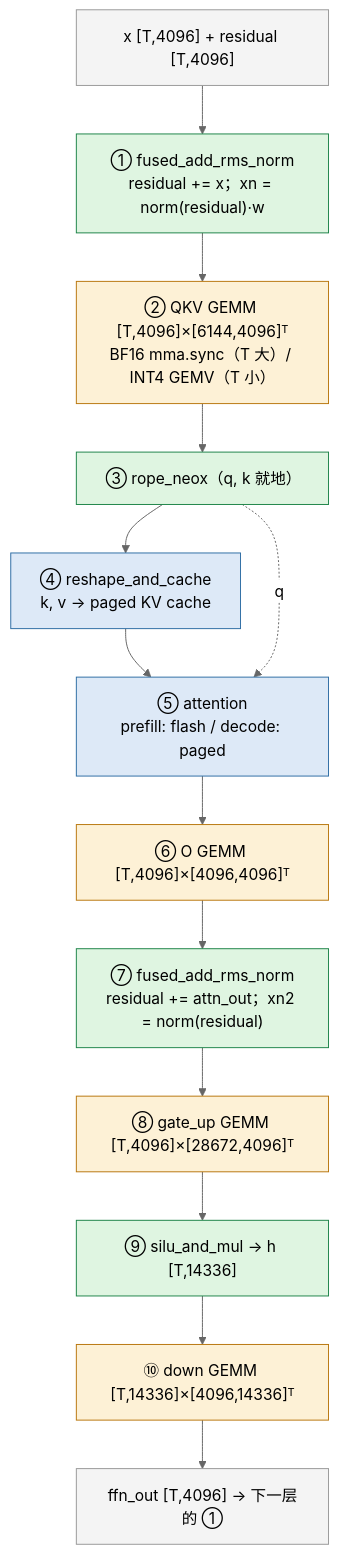
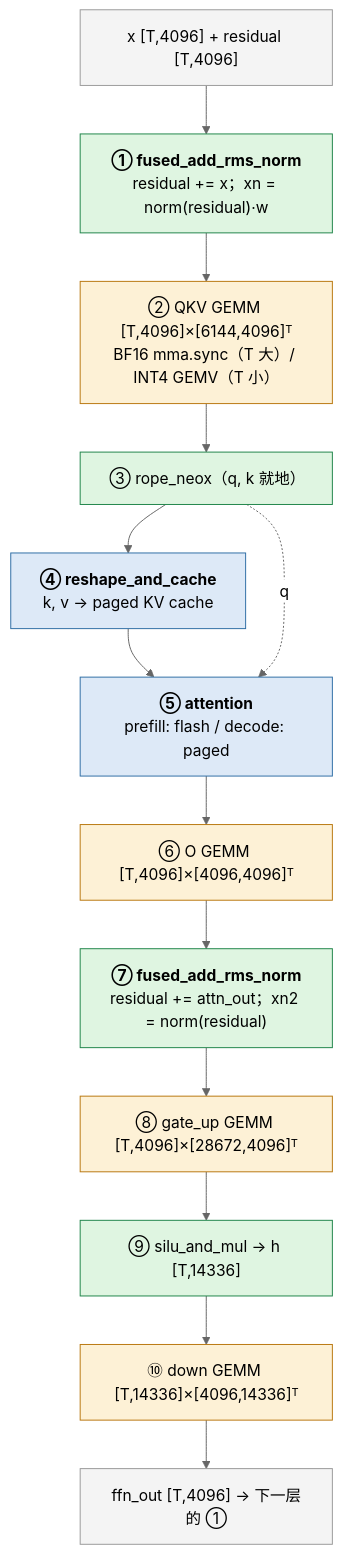
One commit to arganzheng/arganzheng.github.com changed the fourth of 4 diagrams in _posts/2026-05-19-quantization-and-fused-kernels.md. Above: the diagram before and after it, drawn with Mermaid (neutral theme). The commit also changed other lines of this file and 10 other files, not shown here.

First line of the commit message:
GPU Kernel 工程：从 CUDA 执行模型到 FlashAttention：Mermaid 多行方框的首行标为标题（11 篇）

````diff
--- a/_posts/2026-05-19-quantization-and-fused-kernels.md
+++ b/_posts/2026-05-19-quantization-and-fused-kernels.md
@@ -1152,28 +1152,28 @@
 ```mermaid
 %% 图：一个 decoder layer 前向的十次 launch：四个 GEMM、两处 attention 读写端、四个融合的 elementwise / row-wise kernel
 flowchart TB
     in["x [T,4096] + residual [T,4096]"]
-    n1["① fused_add_rms_norm<br/>residual += x；xn = norm(residual)·w"]
+    n1["<b>① fused_add_rms_norm</b><br/>residual += x；xn = norm(residual)·w"]
     qkv["② QKV GEMM [T,4096]×[6144,4096]ᵀ<br/>BF16 mma.sync（T 大）/ INT4 GEMV（T 小）"]
     rope["③ rope_neox（q, k 就地）"]
-    cache["④ reshape_and_cache<br/>k, v → paged KV cache"]
-    attn["⑤ attention<br/>prefill: flash / decode: paged"]
+    cache["<b>④ reshape_and_cache</b><br/>k, v → paged KV cache"]
+    attn["<b>⑤ attention</b><br/>prefill: flash / decode: paged"]
     og["⑥ O GEMM [T,4096]×[4096,4096]ᵀ"]
-    n2["⑦ fused_add_rms_norm<br/>residual += attn_out；xn2 = norm(residual)"]
+    n2["<b>⑦ fused_add_rms_norm</b><br/>residual += attn_out；xn2 = norm(residual)"]
     gu["⑧ gate_up GEMM [T,4096]×[28672,4096]ᵀ"]
     silu["⑨ silu_and_mul → h [T,14336]"]
     down["⑩ down GEMM [T,14336]×[4096,14336]ᵀ"]
     out["ffn_out [T,4096] → 下一层的 ①"]
 
     in --> n1 --> qkv --> rope --> cache --> attn --> og --> n2 --> gu --> silu --> down --> out
     rope -. "q" .-> attn
 
     classDef p9 fill:#dff5e1,stroke:#1e8449
     classDef p6 fill:#fdf1d6,stroke:#b9770e
     classDef p8 fill:#dde9f7,stroke:#2e6da4
     classDef d fill:#f4f4f4,stroke:#999
     class n1,rope,silu,n2 p9
     class qkv,og,gu,down p6
     class cache,attn p8
     class in,out d
 ```
````
